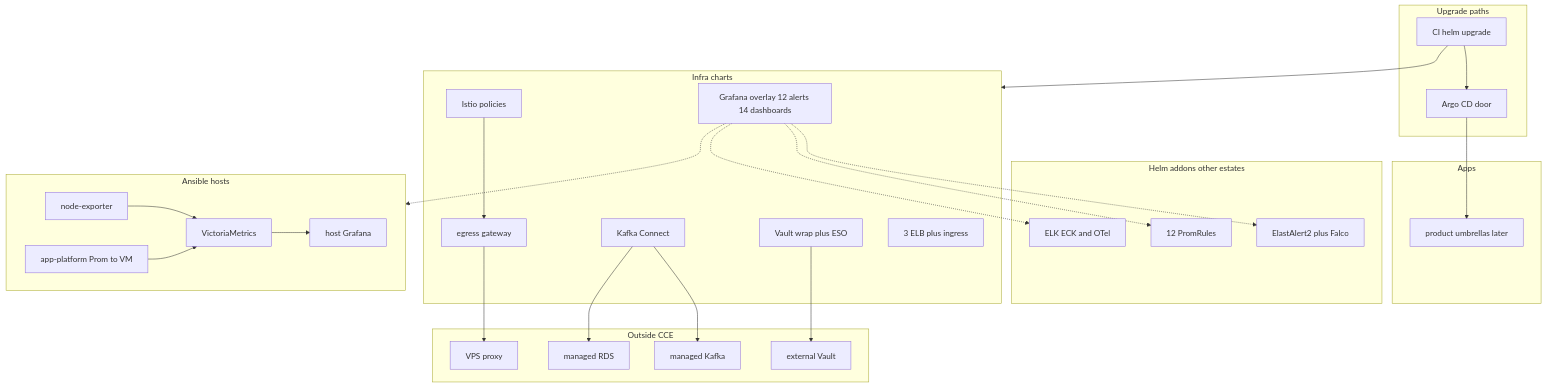
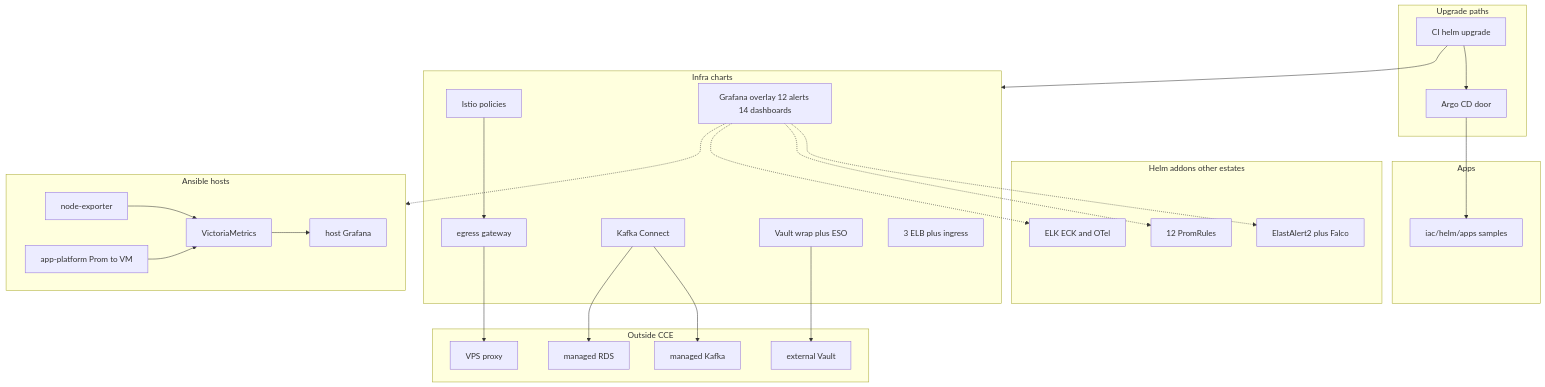
The diagram in diagrams/case-studies/11-helm-estate.md (NarberallGamma/narberall-platform-engineer-lab), drawn with Mermaid before and after one commit. The commit also changed 26 other files, not shown here.

Commit message:
Make the public lab hunt-ready: shorter README, redacted chat ID, current diagrams.

````diff
--- a/diagrams/case-studies/11-helm-estate.md
+++ b/diagrams/case-studies/11-helm-estate.md
@@ -3,50 +3,50 @@
 ```mermaid
 flowchart TB
   subgraph deliver [Upgrade paths]
     CI[CI helm upgrade]
     Argo[Argo CD door]
   end
   subgraph envelope [Infra charts]
     Istio[Istio policies]
     EG[egress gateway]
     KC[Kafka Connect]
     ESO[Vault wrap plus ESO]
     Obs[Grafana overlay 12 alerts 14 dashboards]
     LB[3 ELB plus ingress]
   end
   subgraph addons [Helm addons other estates]
     EA[ElastAlert2 plus Falco]
     PR[12 PromRules]
     ELK[ELK ECK and OTel]
   end
   subgraph later [Apps]
-    Apps[product umbrellas later]
+    Apps[iac/helm/apps samples]
   end
   subgraph ext [Outside CCE]
     VPS[VPS proxy]
     Broker[managed Kafka]
     VaultExt[external Vault]
     RDS[managed RDS]
   end
   subgraph host [Ansible hosts]
     Node[node-exporter]
     AppP[app-platform Prom to VM]
     VM[VictoriaMetrics]
     HostG[host Grafana]
   end
   CI --> envelope
   CI --> Argo
   Argo --> Apps
   Istio --> EG
   EG --> VPS
   KC --> Broker
   KC --> RDS
   ESO --> VaultExt
   Obs -.-> EA
   Obs -.-> PR
   Obs -.-> ELK
   Obs -.-> host
   Node --> VM
   AppP --> VM
   VM --> HostG
 ```
````
